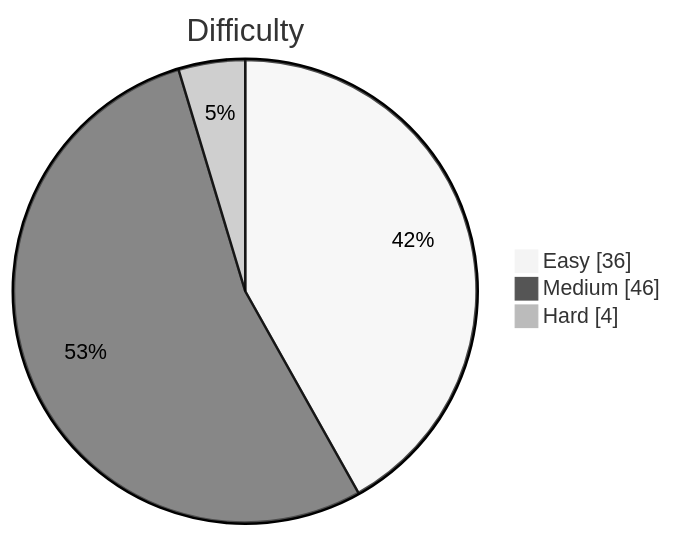
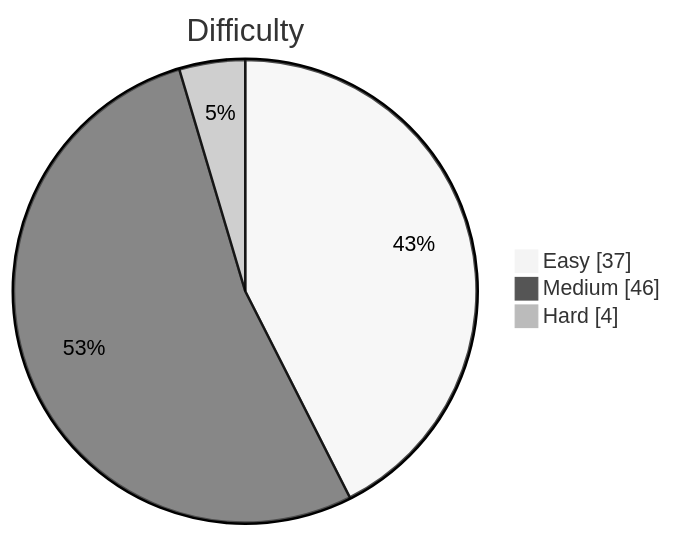
One commit to kevstevie/python-algo-practice changed the diagram in README.md. Above: the diagram before and after it, drawn with Mermaid (neutral theme). The commit also changed other lines of this file, not shown here.

````diff
--- a/README.md
+++ b/README.md
@@ -13,7 +13,7 @@
 ```mermaid
 pie showData
     title Difficulty
-    "Easy"   : 36
+    "Easy"   : 37
     "Medium" : 46
     "Hard"   : 4
 ```
````
